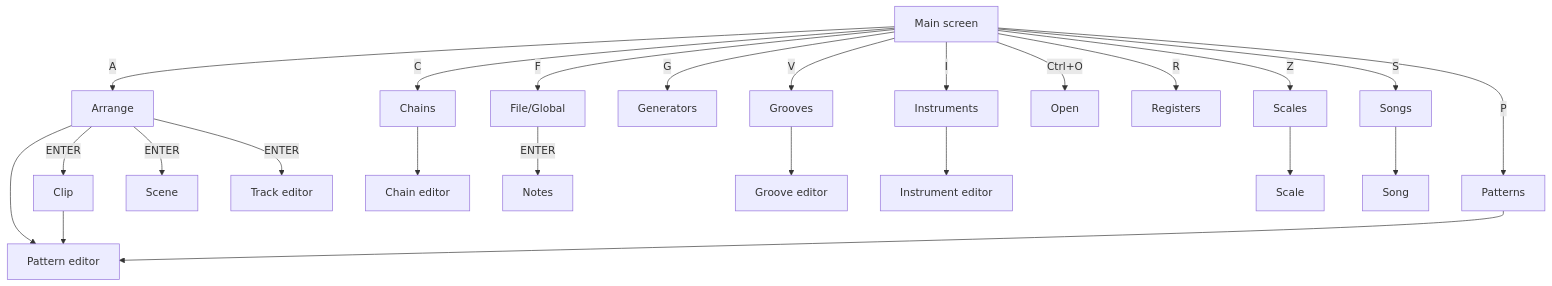
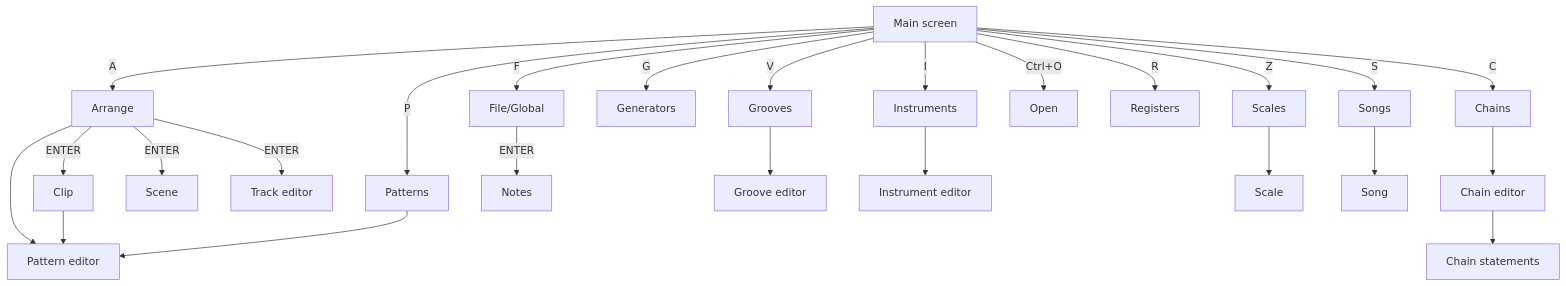
The diagram in docs/GETTING_STARTED.md (mpdehaan/llamatron), drawn with Mermaid before and after one commit. The commit also changed 51 other files, not shown here.

````diff
--- a/docs/GETTING_STARTED.md
+++ b/docs/GETTING_STARTED.md
@@ -91,48 +91,50 @@
 ```mermaid
 flowchart TD
     MainPage["Main screen"]
     ArrangePage["Arrange"]
     ChainsPage["Chains"]
     FilePage["File/Global"]
     GeneratorsPage["Generators"]
     GroovesPage["Grooves"]
     InstrumentsPage["Instruments"]
     OpenPage["Open"]
     PatternsPage["Patterns"]
     RegistersPage["Registers"]
     ScalesPage["Scales"]
     SongsPage["Songs"]
     ClipPage["Clip"]
     PatternEditor["Pattern editor"]
     ScenePage["Scene"]
     TrackEditor["Track editor"]
     ChainEditor["Chain editor"]
     NotesPage["Notes"]
     GrooveEditor["Groove editor"]
     InstrumentEditor["Instrument editor"]
     ScalePage["Scale"]
     SongPage["Song"]
+    ChainStatementsPage["Chain statements"]
     ArrangePage -- "ENTER" --> ClipPage
     ArrangePage --> PatternEditor
     ArrangePage -- "ENTER" --> ScenePage
     ArrangePage -- "ENTER" --> TrackEditor
+    ChainEditor --> ChainStatementsPage
     ChainsPage --> ChainEditor
     ClipPage --> PatternEditor
     FilePage -- "ENTER" --> NotesPage
     GroovesPage --> GrooveEditor
     InstrumentsPage --> InstrumentEditor
     MainPage -- "A" --> ArrangePage
     MainPage -- "C" --> ChainsPage
     MainPage -- "F" --> FilePage
     MainPage -- "G" --> GeneratorsPage
     MainPage -- "V" --> GroovesPage
     MainPage -- "I" --> InstrumentsPage
     MainPage -- "Ctrl+O" --> OpenPage
     MainPage -- "P" --> PatternsPage
     MainPage -- "R" --> RegistersPage
     MainPage -- "Z" --> ScalesPage
     MainPage -- "S" --> SongsPage
     PatternsPage --> PatternEditor
     ScalesPage --> ScalePage
     SongsPage --> SongPage
 ```
````
